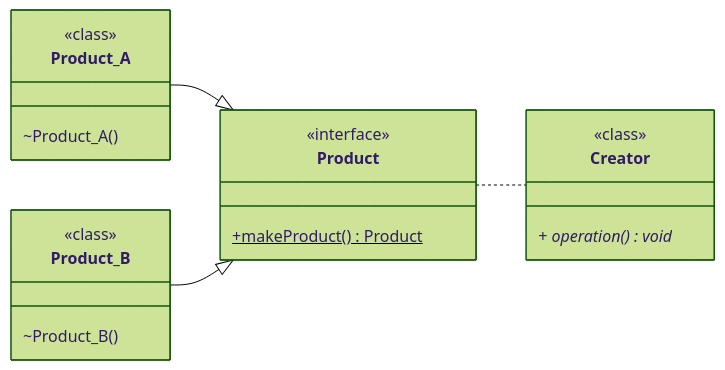
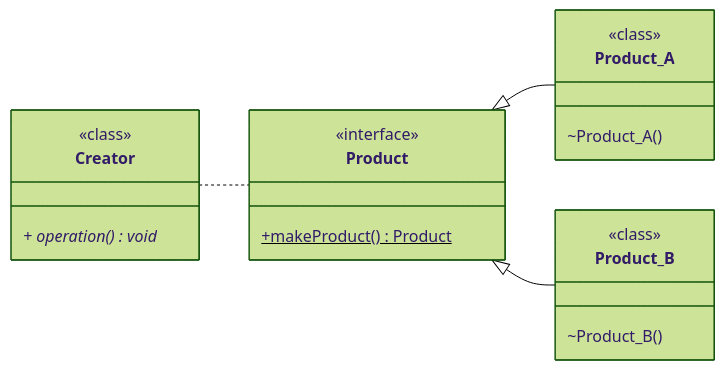
One commit to angelromarco04/MyNotes changed the second of 2 diagrams in Programming/Patterns/data/Factory.md. Above: the diagram before and after it, drawn with Mermaid (forest theme). The commit also changed other lines of this file, not shown here.

Commit message:
vault backup: 2024-03-16 15:00:15

````diff
--- a/Programming/Patterns/data/Factory.md
+++ b/Programming/Patterns/data/Factory.md
@@ -125,28 +125,28 @@
 ```mermaid
 classDiagram
 direction LR
 
-Product_A --|> Product
-Product_B --|> Product
-Product .. Creator
+Creator .. Product
+Product <|-- Product_A
+Product <|-- Product_B
 
 class Product {
 	<<interface>>
 	+makeProduct() Product$
 }
 
 class Product_A {
 	<<class>>
 	~Product_A()
 }
 
 class Product_B {
 	<<class>>
 	~Product_B()
 }
 
 class Creator {
 	<<class>>
 	+ operation() void*
 }
 ```
````
